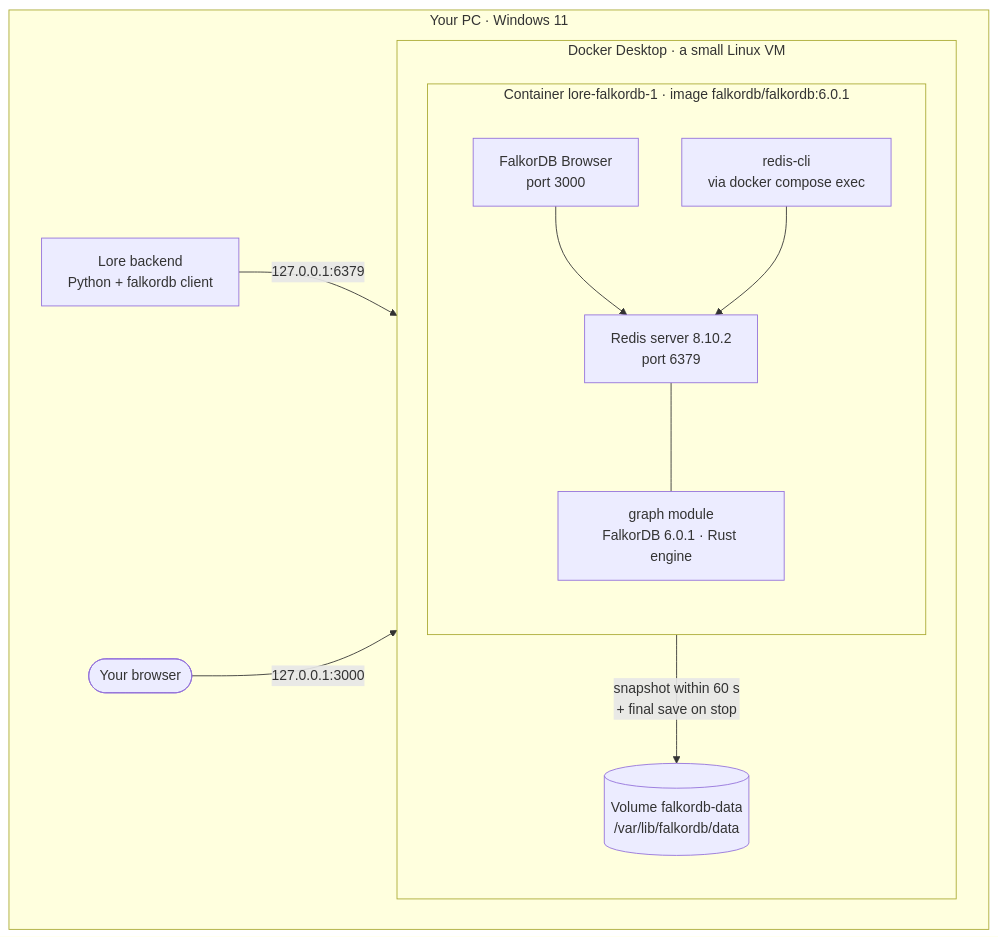
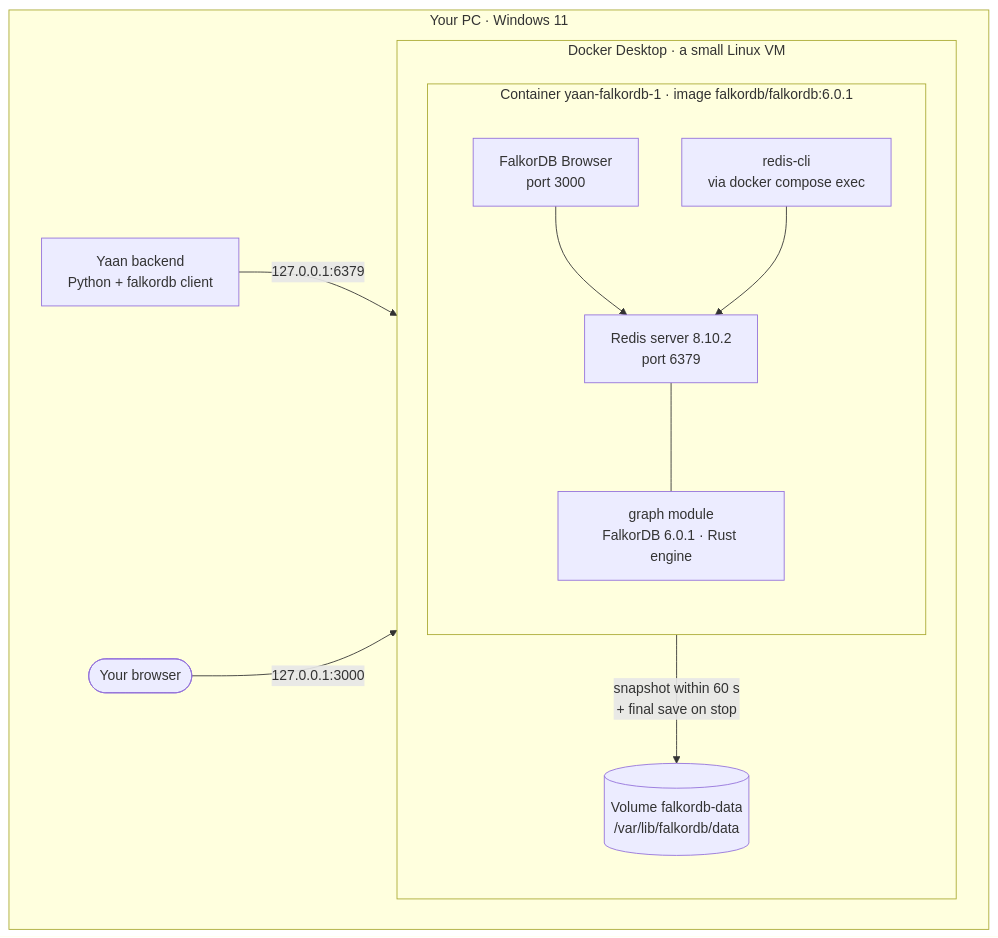
The diagram in docs/diagrams/falkordb-local-stack.mmd (t-maypat/yaan), drawn with Mermaid before and after one commit. The commit also changed 204 other files, not shown here.

First line of the commit message:
Phase 22.10: Lore's remaining names become Yaan's; old names still read

```diff
--- a/docs/diagrams/falkordb-local-stack.mmd
+++ b/docs/diagrams/falkordb-local-stack.mmd
@@ -1,24 +1,24 @@
 %% What runs where when FalkorDB is up locally (Phase 1).
 flowchart LR
   subgraph PC["Your PC · Windows 11"]
     direction LR
-    APP["Lore backend<br/>Python + falkordb client"]:::code
+    APP["Yaan backend<br/>Python + falkordb client"]:::code
     WEB(["Your browser"]):::human
     subgraph DOCKER["Docker Desktop · a small Linux VM"]
       direction TB
-      subgraph CT["Container lore-falkordb-1 · image falkordb/falkordb:6.0.1"]
+      subgraph CT["Container yaan-falkordb-1 · image falkordb/falkordb:6.0.1"]
         direction TB
         RS["Redis server 8.10.2<br/>port 6379"]:::code
         GM["graph module<br/>FalkorDB 6.0.1 · Rust engine"]:::code
         BR["FalkorDB Browser<br/>port 3000"]:::ext
         CLI["redis-cli<br/>via docker compose exec"]:::file
       end
       VOL[("Volume falkordb-data<br/>/var/lib/falkordb/data")]:::store
     end
   end
   APP -- "127.0.0.1:6379" --> RS
   WEB -- "127.0.0.1:3000" --> BR
   BR --> RS
   CLI --> RS
   RS --- GM
   RS -- "snapshot within 60 s<br/>+ final save on stop" --> VOL
```
